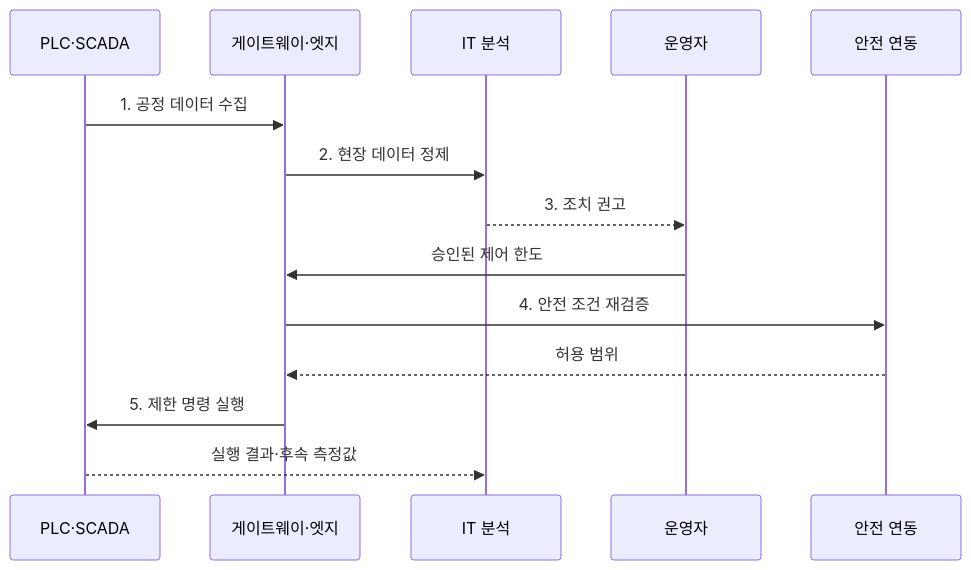
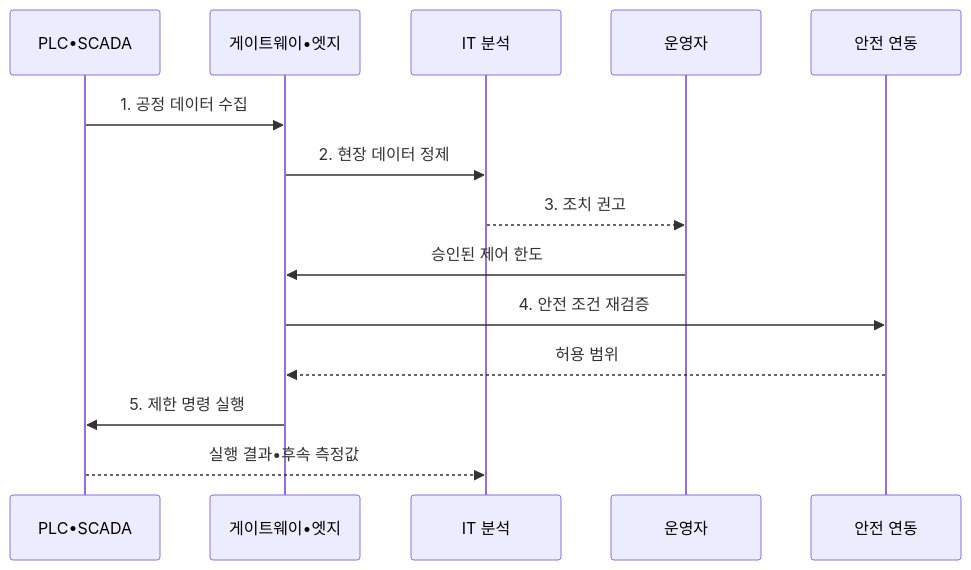
The second of 2 diagrams in src/content/docs/notes/04-network/080_industrial_iot.md (agnusdei1207/knowledge-base), drawn with Mermaid before and after one commit. The commit also changed other lines of this file and 953 other files, not shown here.

````diff
--- a/src/content/docs/notes/04-network/080_industrial_iot.md
+++ b/src/content/docs/notes/04-network/080_industrial_iot.md
@@ -105,16 +105,16 @@
 ```mermaid
 sequenceDiagram
-    participant P as PLC·SCADA
-    participant E as 게이트웨이·엣지
+    participant P as PLC•SCADA
+    participant E as 게이트웨이•엣지
     participant A as IT 분석
     participant O as 운영자
     participant S as 안전 연동
     P->>E: 1. 공정 데이터 수집
     E->>A: 2. 현장 데이터 정제
     A-->>O: 3. 조치 권고
     O->>E: 승인된 제어 한도
     E->>S: 4. 안전 조건 재검증
     S-->>E: 허용 범위
     E->>P: 5. 제한 명령 실행
-    P-->>A: 실행 결과·후속 측정값
+    P-->>A: 실행 결과•후속 측정값
 ```
````
